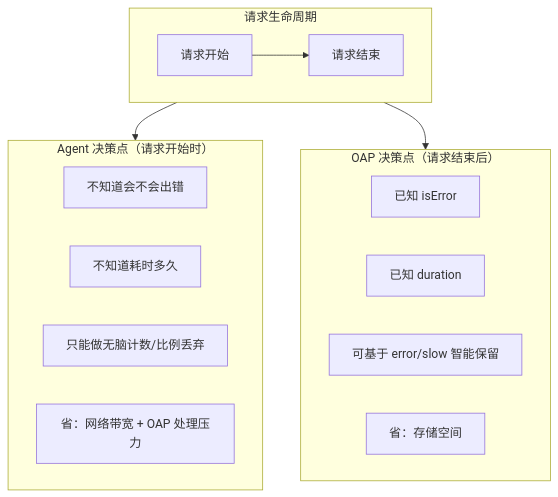
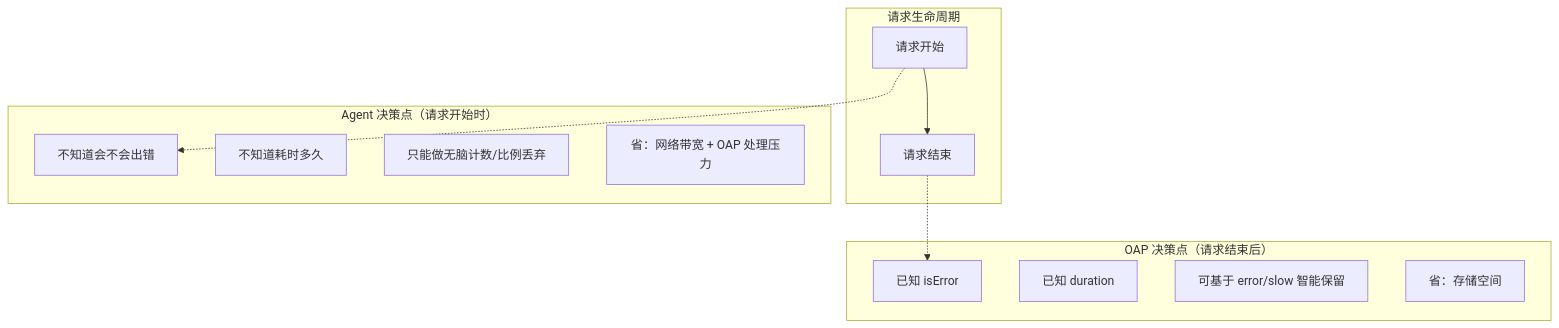
Before and after one commit to raoooooooo/java_knowledge: the third of 7 diagrams in 10-监控与可观测性/20-SkyWalking-高级特性.md, drawn with Mermaid. The commit also changed other lines of this file and 2 other files, not shown here.

First line of the commit message:
fix(observability): 修复SkyWalking章节mermaid图表渲染兼容性问题

````diff
--- a/10-监控与可观测性/20-SkyWalking-高级特性.md
+++ b/10-监控与可观测性/20-SkyWalking-高级特性.md
@@ -121,24 +121,25 @@
 ```mermaid
 graph TD
     subgraph lifecycle["请求生命周期"]
-        direction LR
-        start["请求开始"] --> end_node["请求结束"]
+        req_start["请求开始"]
+        req_end["请求结束"]
+        req_start --> req_end
     end
 
-    subgraph agent_side["Agent 决策点（请求开始时）"]
+    subgraph agent_dec["Agent 决策点（请求开始时）"]
         a1["不知道会不会出错"]
         a2["不知道耗时多久"]
         a3["只能做无脑计数/比例丢弃"]
         a4["省：网络带宽 + OAP 处理压力"]
     end
 
-    subgraph oap_side["OAP 决策点（请求结束后）"]
+    subgraph oap_dec["OAP 决策点（请求结束后）"]
         o1["已知 isError"]
         o2["已知 duration"]
         o3["可基于 error/slow 智能保留"]
         o4["省：存储空间"]
     end
 
-    start --> agent_side
-    end_node --> oap_side
+    req_start -.-> a1
+    req_end -.-> o1
 ```
````
